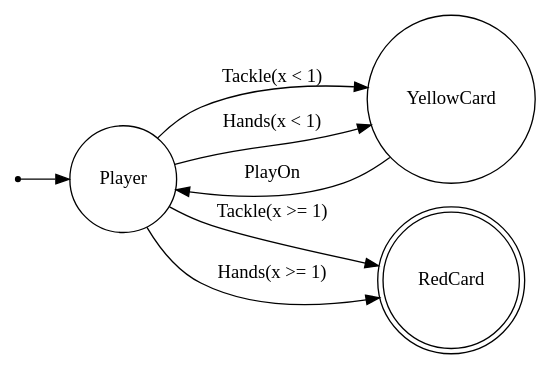
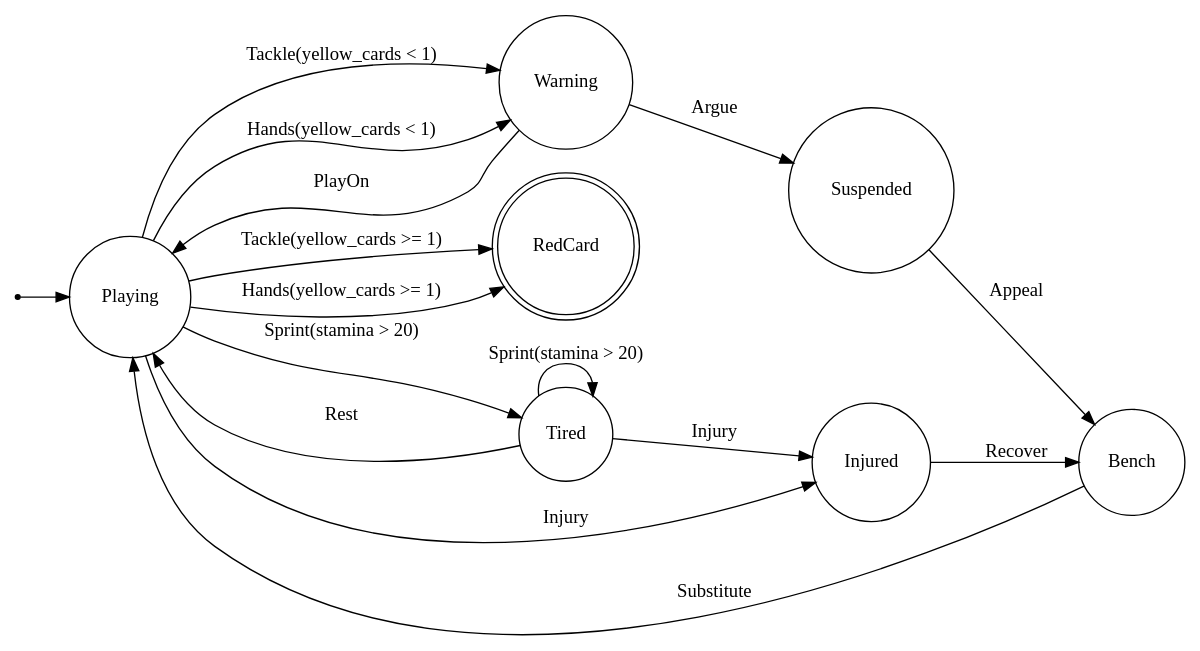
Before and after one commit to P4-Group2-Compiler/P4-State-Lang: the diagram in output/DOT/graph.gv, drawn with Graphviz. The commit also changed 1 other file, not shown here.

```diff
--- a/output/DOT/graph.gv
+++ b/output/DOT/graph.gv
@@ -1,12 +1,21 @@
 digraph Football {
  rankdir = LR;
  node [shape = circle;];
  null [shape = point;];
-null -> Player;
-Player -> YellowCard [label="Tackle(x < 1)"];
-Player -> RedCard [label="Tackle(x >= 1)"];
-Player -> YellowCard [label="Hands(x < 1)"];
-Player -> RedCard [label="Hands(x >= 1)"];
-YellowCard -> Player [label="PlayOn"];
+null -> Playing;
+Playing -> Warning [label="Tackle(yellow_cards < 1)"];
+Playing -> RedCard [label="Tackle(yellow_cards >= 1)"];
+Playing -> Warning [label="Hands(yellow_cards < 1)"];
+Playing -> RedCard [label="Hands(yellow_cards >= 1)"];
+Playing -> Tired [label="Sprint(stamina > 20)"];
+Playing -> Injured [label="Injury"];
+Warning -> Playing [label="PlayOn"];
+Warning -> Suspended [label="Argue"];
+Tired -> Playing [label="Rest"];
+Tired -> Tired [label="Sprint(stamina > 20)"];
+Tired -> Injured [label="Injury"];
+Injured -> Bench [label="Recover"];
+Bench -> Playing [label="Substitute"];
+Suspended -> Bench [label="Appeal"];
 RedCard [shape = doublecircle;];
 }
```
